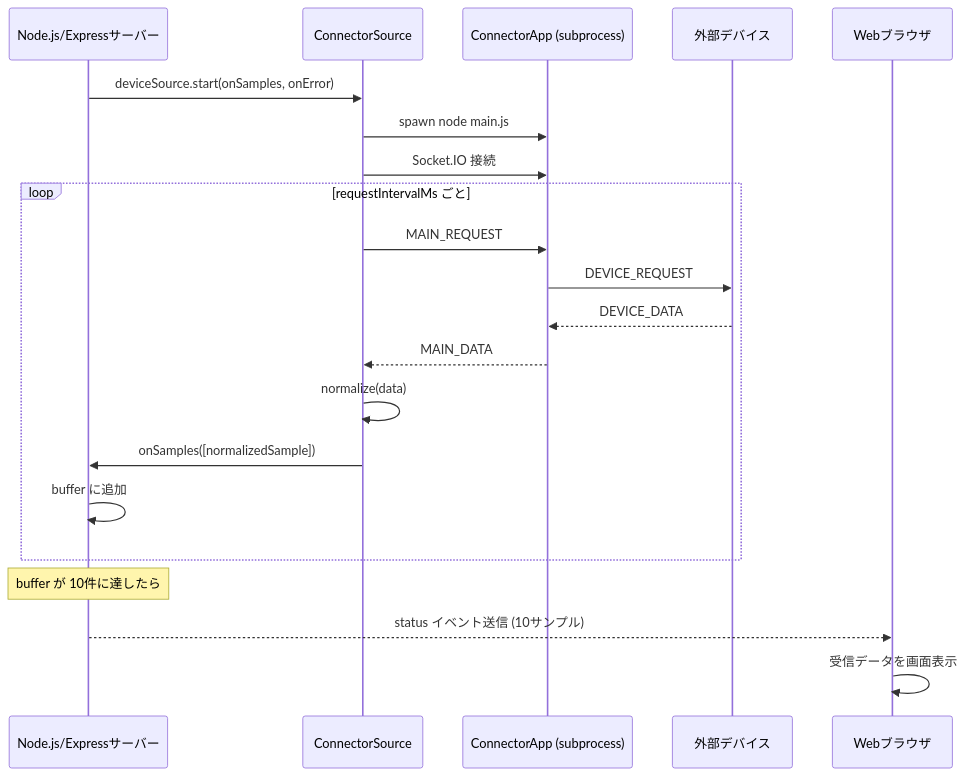
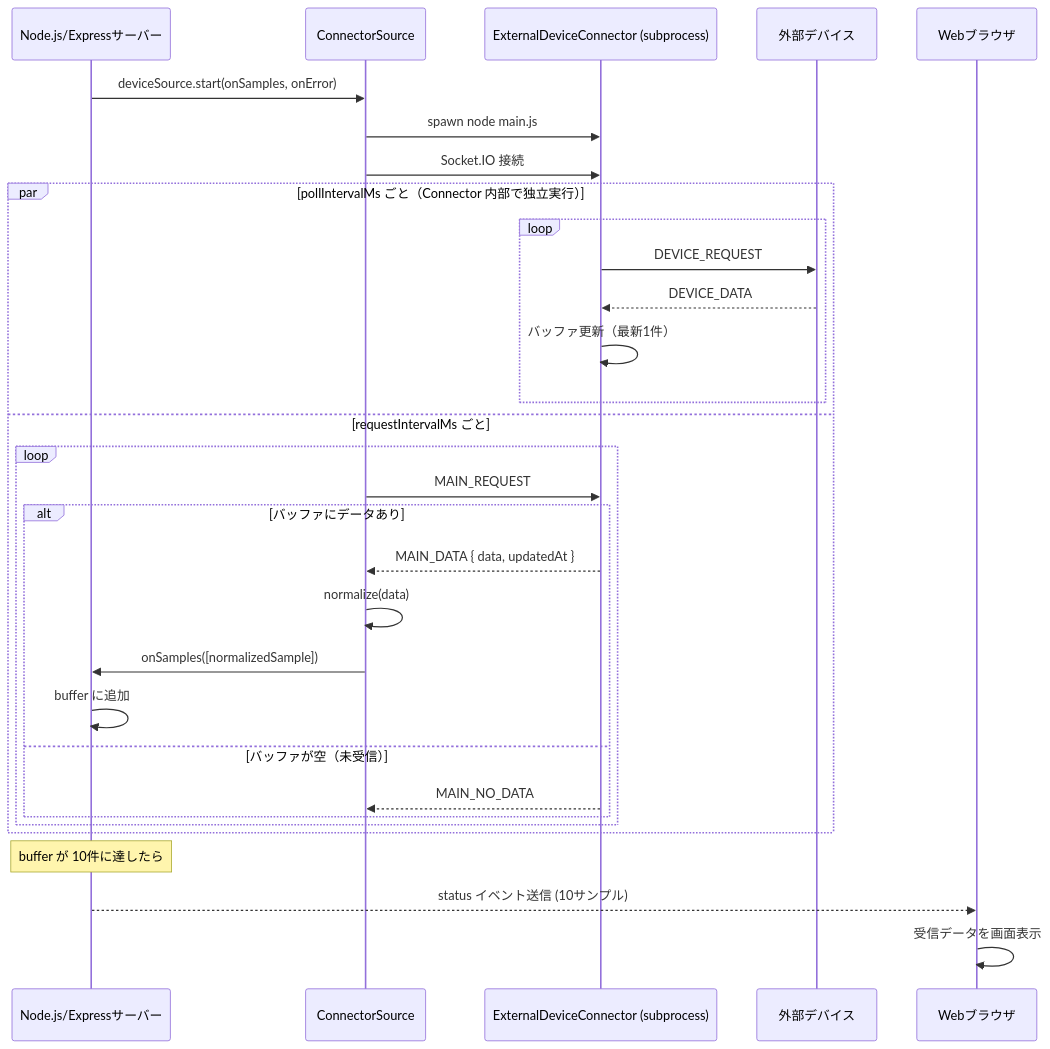
Before and after one commit to FourHyphen/private_work: the fourth of 4 diagrams in javascript/DeviceConnect/web/ReadMe.md, drawn with Mermaid. The commit also changed other lines of this file, not shown here.

Commit message:
ExternalDeviceConnectorの変更をweb/ReadMe.mdに反映 （まだ実装は反映していない）

````diff
--- a/javascript/DeviceConnect/web/ReadMe.md
+++ b/javascript/DeviceConnect/web/ReadMe.md
@@ -130,24 +135,36 @@
 ```mermaid
 sequenceDiagram
     participant Server as Node.js/Expressサーバー
     participant CS as ConnectorSource
-    participant Conn as ConnectorApp (subprocess)
+    participant Conn as ExternalDeviceConnector (subprocess)
     participant Device as 外部デバイス
     participant Browser as Webブラウザ
 
     Server->>CS: deviceSource.start(onSamples, onError)
     CS->>Conn: spawn node main.js
     CS->>Conn: Socket.IO 接続
-    loop requestIntervalMs ごと
-        CS->>Conn: MAIN_REQUEST
-        Conn->>Device: DEVICE_REQUEST
-        Device-->>Conn: DEVICE_DATA
-        Conn-->>CS: MAIN_DATA
-        CS->>CS: normalize(data)
-        CS->>Server: onSamples([normalizedSample])
-        Server->>Server: buffer に追加
+
+    par pollIntervalMs ごと（Connector 内部で独立実行）
+        loop
+            Conn->>Device: DEVICE_REQUEST
+            Device-->>Conn: DEVICE_DATA
+            Conn->>Conn: バッファ更新（最新1件）
+        end
+    and requestIntervalMs ごと
+        loop
+            CS->>Conn: MAIN_REQUEST
+            alt バッファにデータあり
+                Conn-->>CS: MAIN_DATA { data, updatedAt }
+                CS->>CS: normalize(data)
+                CS->>Server: onSamples([normalizedSample])
+                Server->>Server: buffer に追加
+            else バッファが空（未受信）
+                Conn-->>CS: MAIN_NO_DATA
+            end
+        end
     end
+
     Note over Server: buffer が 10件に達したら
     Server-->>Browser: status イベント送信 (10サンプル)
     Browser->>Browser: 受信データを画面表示
 ```
````
